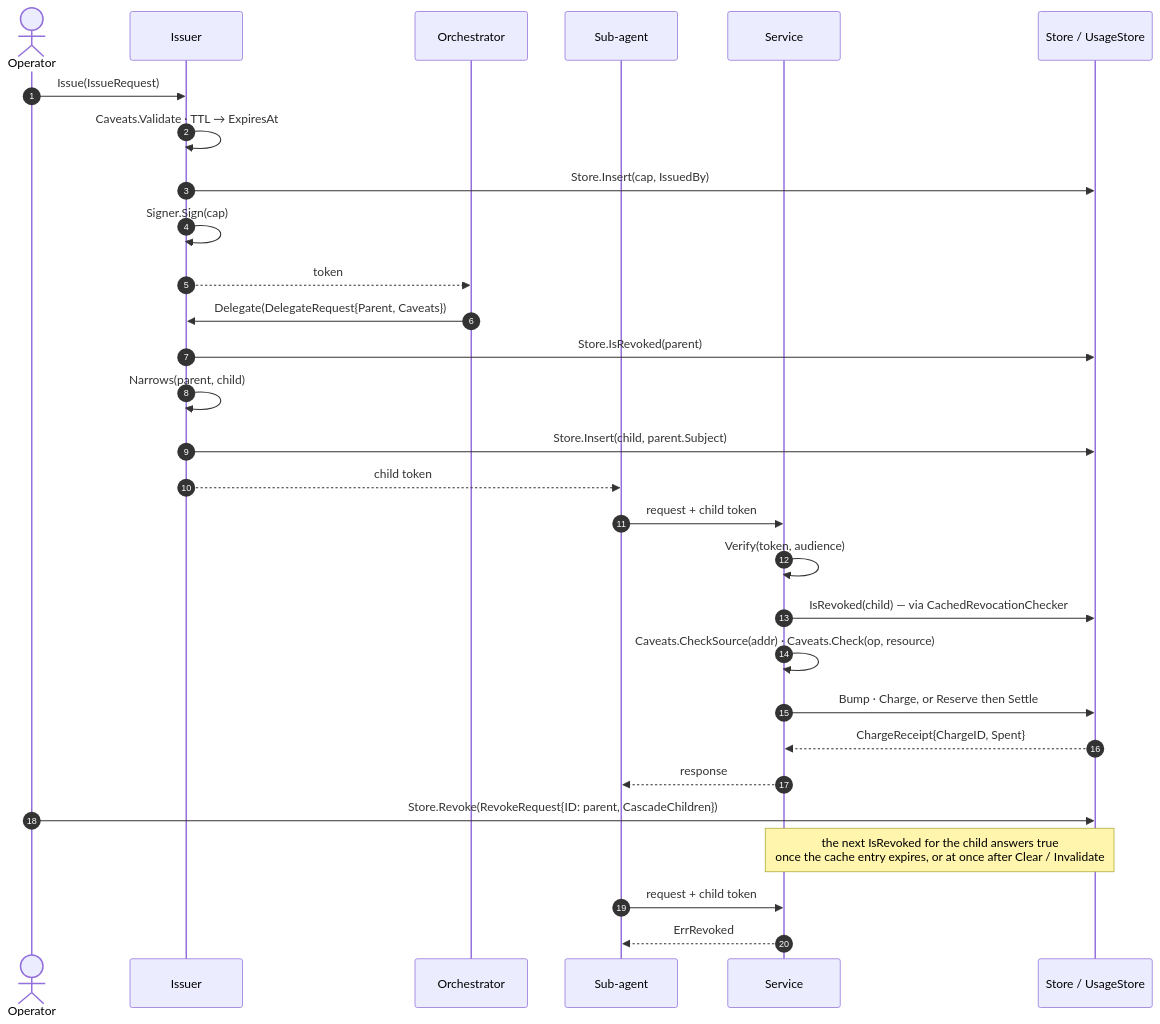
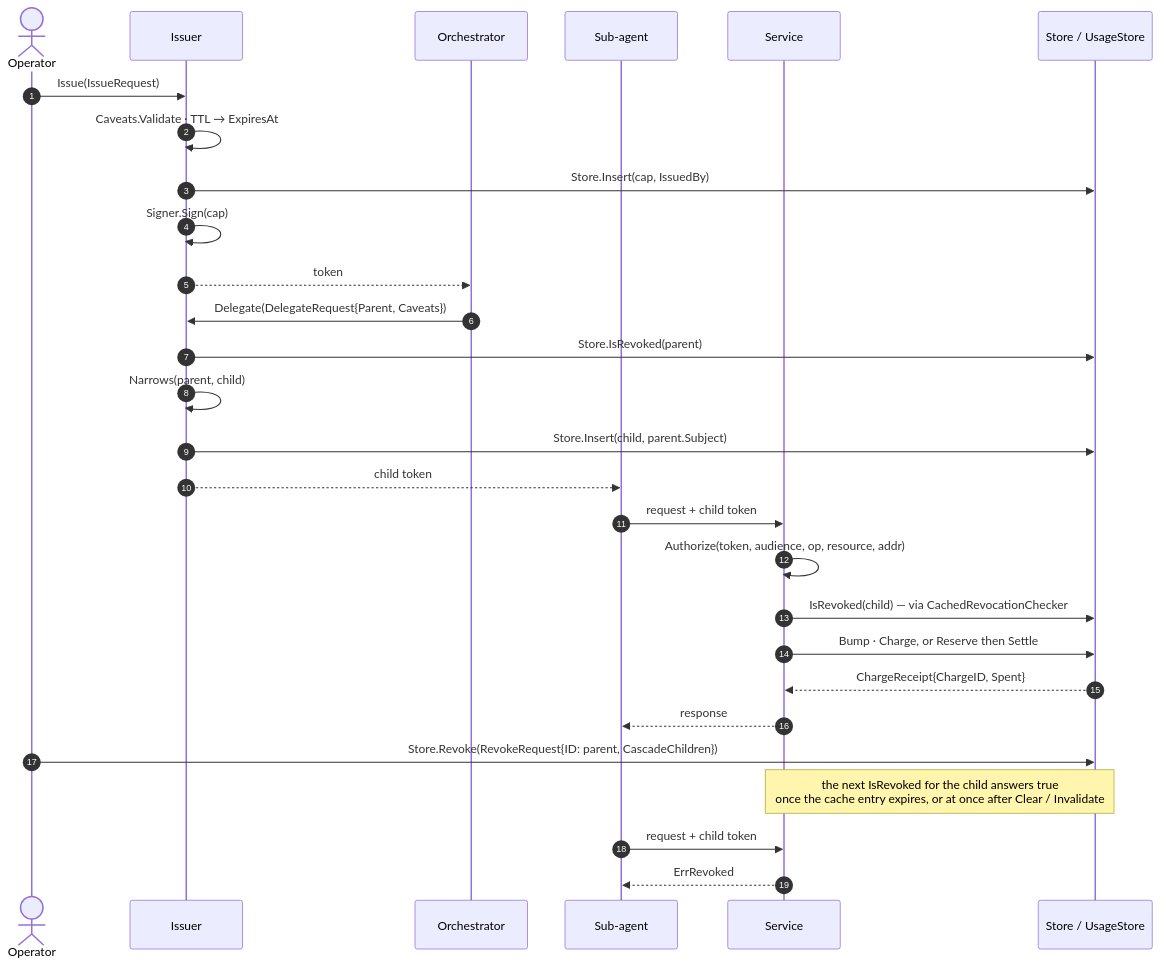
One commit to oleg-tkachuk/limes changed the second of 10 diagrams in docs/diagrams.md. Above: the diagram before and after it, drawn with Mermaid. The commit also changed other lines of this file and 22 other files, not shown here.

First line of the commit message:
feat(verifier)!: enforce proof of possession in Verify and add Authorize

````diff
--- a/docs/diagrams.md
+++ b/docs/diagrams.md
@@ -105,35 +105,34 @@
 ```mermaid
 sequenceDiagram
     autonumber
     actor Op as Operator
     participant I as Issuer
     participant O as Orchestrator
     participant W as Sub-agent
     participant S as Service
     participant St as Store / UsageStore
 
     Op->>I: Issue(IssueRequest)
     I->>I: Caveats.Validate · TTL → ExpiresAt
     I->>St: Store.Insert(cap, IssuedBy)
     I->>I: Signer.Sign(cap)
     I-->>O: token
 
     O->>I: Delegate(DelegateRequest{Parent, Caveats})
     I->>St: Store.IsRevoked(parent)
     I->>I: Narrows(parent, child)
     I->>St: Store.Insert(child, parent.Subject)
     I-->>W: child token
 
     W->>S: request + child token
-    S->>S: Verify(token, audience)
+    S->>S: Authorize(token, audience, op, resource, addr)
     S->>St: IsRevoked(child) — via CachedRevocationChecker
-    S->>S: Caveats.CheckSource(addr) · Caveats.Check(op, resource)
     S->>St: Bump · Charge, or Reserve then Settle
     St-->>S: ChargeReceipt{ChargeID, Spent}
     S-->>W: response
 
     Op->>St: Store.Revoke(RevokeRequest{ID: parent, CascadeChildren})
     Note over S,St: the next IsRevoked for the child answers true<br/>once the cache entry expires, or at once after Clear / Invalidate
     W->>S: request + child token
     S-->>W: ErrRevoked
 ```
````
